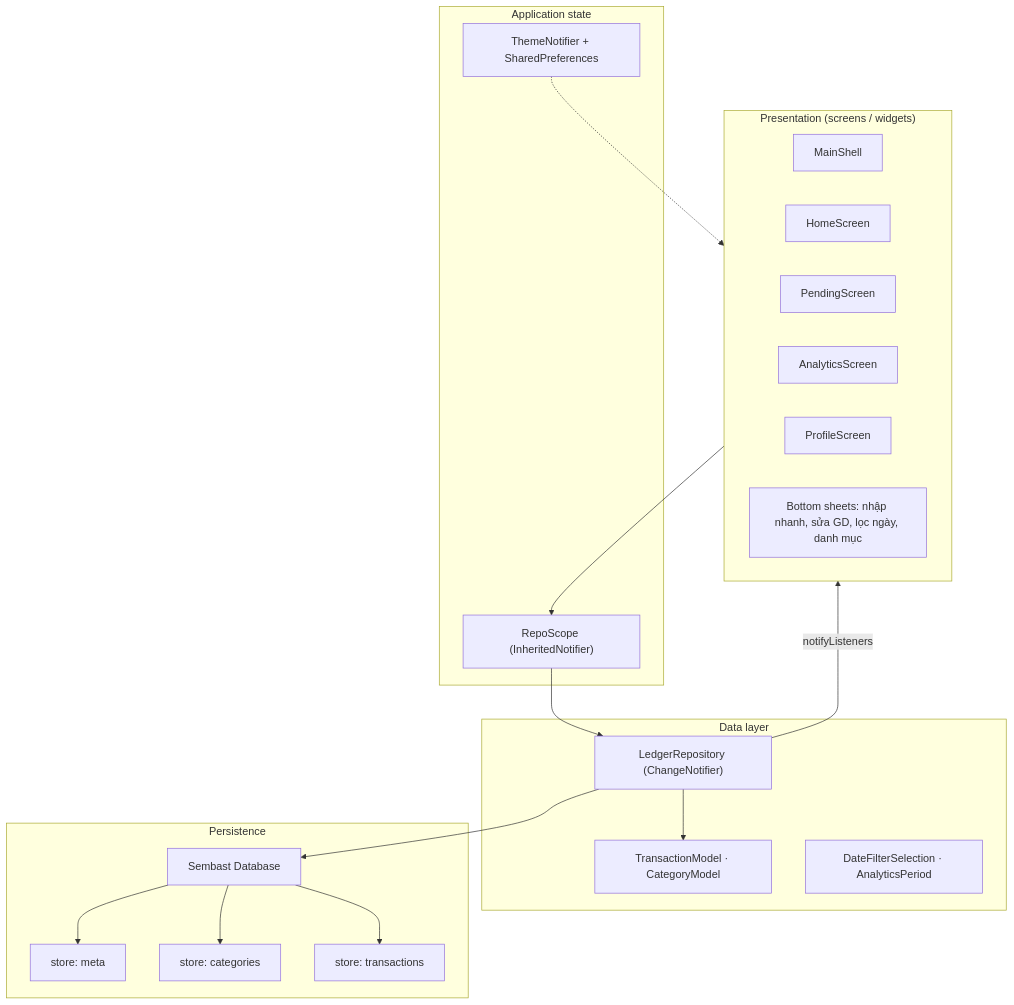
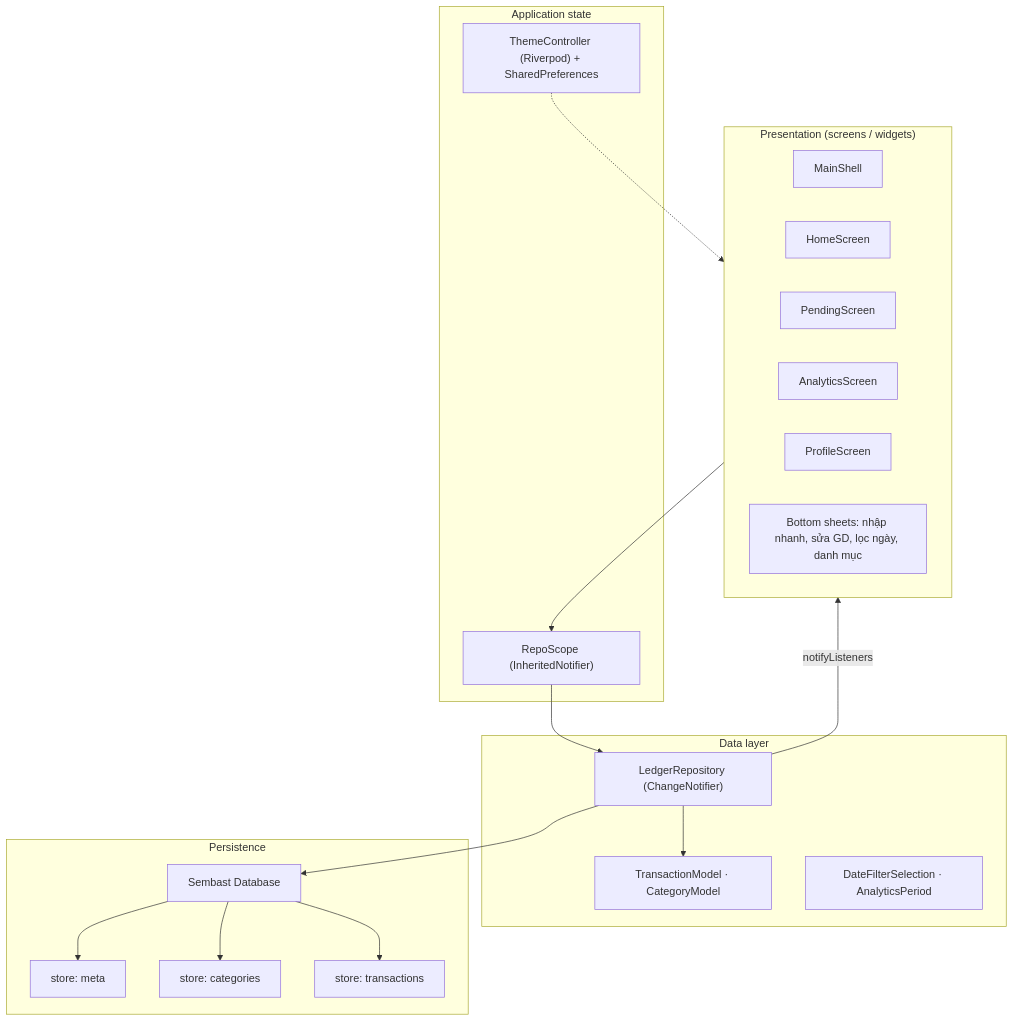
Before and after one commit to nngocquang0698vn/smart_expense: the first of 3 diagrams in business_logic.md, drawn with Mermaid. The commit also changed other lines of this file and 24 other files, not shown here.

````diff
--- a/business_logic.md
+++ b/business_logic.md
@@ -21,39 +21,39 @@
 ```mermaid
 flowchart TB
   subgraph UI["Presentation (screens / widgets)"]
     MainShell
     HomeScreen
     PendingScreen
     AnalyticsScreen
     ProfileScreen
     Sheets["Bottom sheets: nhập nhanh, sửa GD, lọc ngày, danh mục"]
   end
 
   subgraph App["Application state"]
-    ThemeNotifier["ThemeNotifier + SharedPreferences"]
+    ThemeController["ThemeController (Riverpod) + SharedPreferences"]
     RepoScope["RepoScope (InheritedNotifier)"]
   end
 
   subgraph Domain["Data layer"]
     LR["LedgerRepository (ChangeNotifier)"]
     Models["TransactionModel · CategoryModel"]
     Filters["DateFilterSelection · AnalyticsPeriod"]
   end
 
   subgraph Storage["Persistence"]
     DB["Sembast Database"]
     Meta["store: meta"]
     Cats["store: categories"]
     Txs["store: transactions"]
   end
 
   UI --> RepoScope
   RepoScope --> LR
   LR --> Models
   LR --> DB
   DB --> Meta
   DB --> Cats
   DB --> Txs
-  ThemeNotifier -.-> UI
+  ThemeController -.-> UI
   LR -->|notifyListeners| UI
 ```
````
